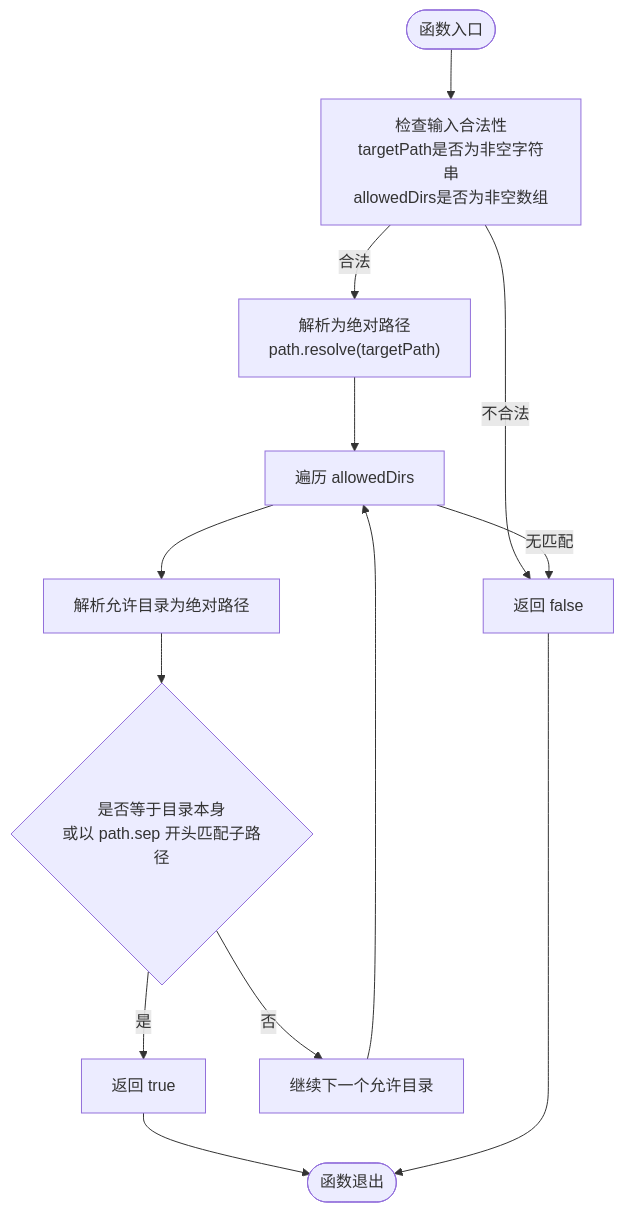
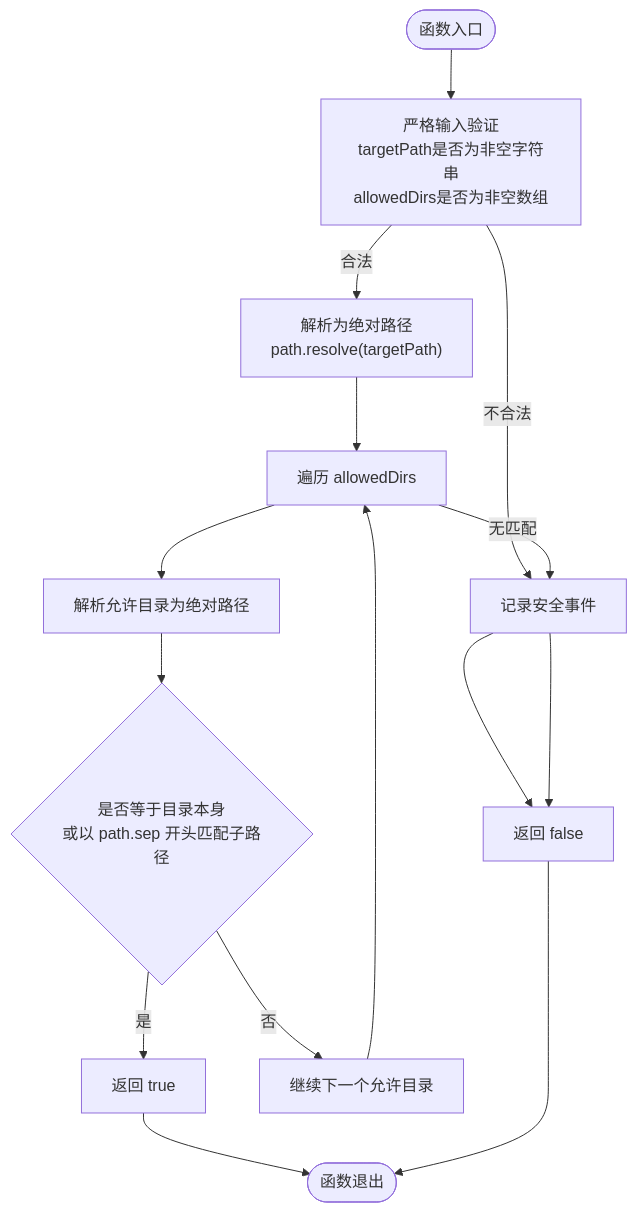
Before and after one commit to SoftheartedYYC/PyLibMaster: the third of 5 diagrams in docs/zh/content/架构设计/模块化架构设计/工具模块设计/安全工具 (security.js).md, drawn with Mermaid. The commit also changed other lines of this file and 72 other files, not shown here.

````diff
--- a/docs/zh/content/架构设计/模块化架构设计/工具模块设计/安全工具 (security.js).md
+++ b/docs/zh/content/架构设计/模块化架构设计/工具模块设计/安全工具 (security.js).md
@@ -128,15 +162,17 @@
 ```mermaid
 flowchart TD
-Start(["函数入口"]) --> CheckInput["检查输入合法性<br/>targetPath是否为非空字符串<br/>allowedDirs是否为非空数组"]
-CheckInput --> |不合法| ReturnFalse["返回 false"]
+Start(["函数入口"]) --> CheckInput["严格输入验证<br/>targetPath是否为非空字符串<br/>allowedDirs是否为非空数组"]
+CheckInput --> |不合法| LogEvent["记录安全事件"]
+LogEvent --> ReturnFalse["返回 false"]
 CheckInput --> |合法| Resolve["解析为绝对路径<br/>path.resolve(targetPath)"]
 Resolve --> Iterate["遍历 allowedDirs"]
 Iterate --> ResolveDir["解析允许目录为绝对路径"]
 ResolveDir --> Compare{"是否等于目录本身<br/>或以 path.sep 开头匹配子路径"}
 Compare --> |是| ReturnTrue["返回 true"]
 Compare --> |否| Next["继续下一个允许目录"]
 Next --> Iterate
-Iterate --> |无匹配| ReturnFalse
+Iterate --> |无匹配| LogEvent
+LogEvent --> ReturnFalse
 ReturnTrue --> End(["函数退出"])
 ReturnFalse --> End
 ```
````
